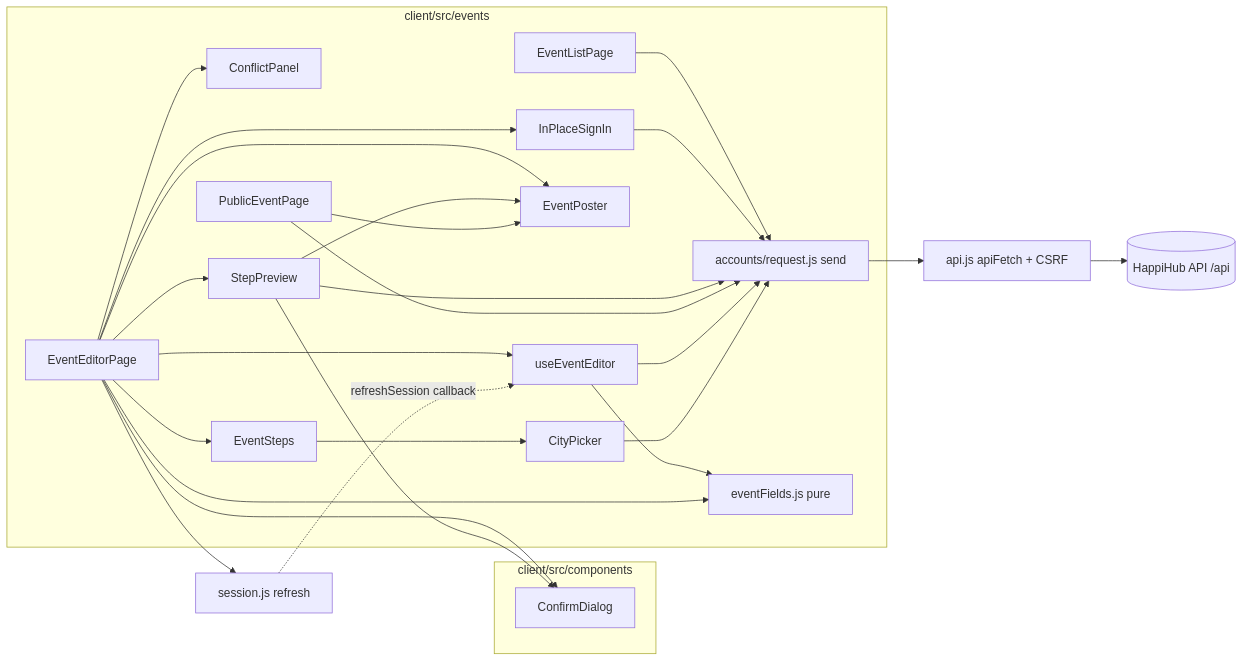
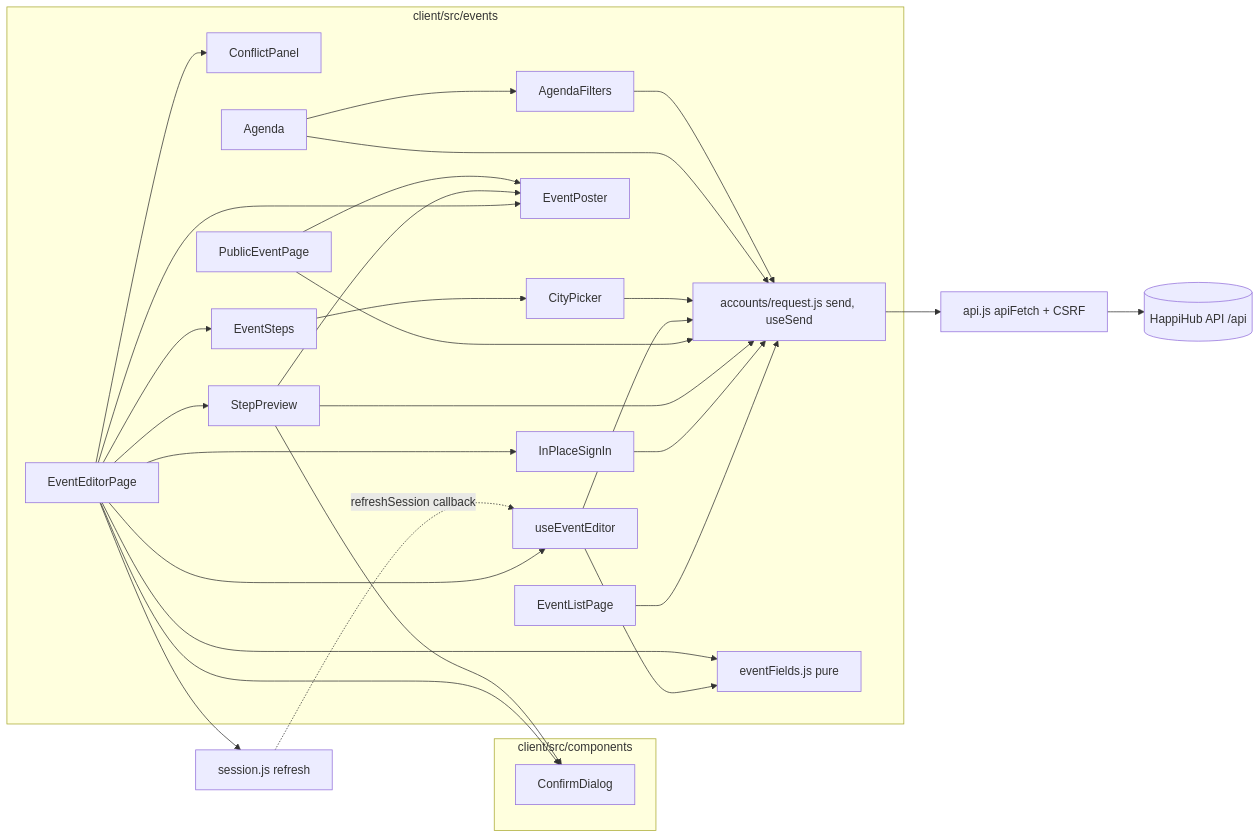
One commit to benoit-bremaud/HappiHub changed the diagram in docs/architecture/diagrams/v1-event-client/03-component.md. Above: the diagram before and after it, drawn with Mermaid. The commit also changed other lines of this file and 13 other files, not shown here.

First line of the commit message:
refactor(client): extract a shared useSend hook for fetch-with-cancel effects (#392)

````diff
--- a/docs/architecture/diagrams/v1-event-client/03-component.md
+++ b/docs/architecture/diagrams/v1-event-client/03-component.md
@@ -7,31 +7,34 @@
 ```mermaid
 flowchart LR
   subgraph client/src/components
     D[ConfirmDialog]
   end
   subgraph client/src/events
     L[EventListPage] --> S
     Ed[EventEditorPage] --> U[useEventEditor]
     Ed --> P[EventPoster]
     Ed --> C[ConflictPanel]
     Ed --> D
     Ed --> St[EventSteps]
     Ed --> SP[StepPreview]
     Ed --> IS[InPlaceSignIn]
     St --> CP[CityPicker]
     SP --> D
     SP --> P
     IS --> S
     SP --> S
     Pub[PublicEventPage] --> P
     Pub --> S
     U --> F[eventFields.js pure]
     Ed --> F
     U --> S
     CP --> S
+    Ag[Agenda] --> S
+    Ag --> AF[AgendaFilters]
+    AF --> S
   end
-  S[accounts/request.js send] --> A[api.js apiFetch + CSRF]
+  S[accounts/request.js send, useSend] --> A[api.js apiFetch + CSRF]
   Ed --> Ses[session.js refresh]
   Ses -. refreshSession callback .-> U
   A --> API[(HappiHub API /api)]
 ```
````
